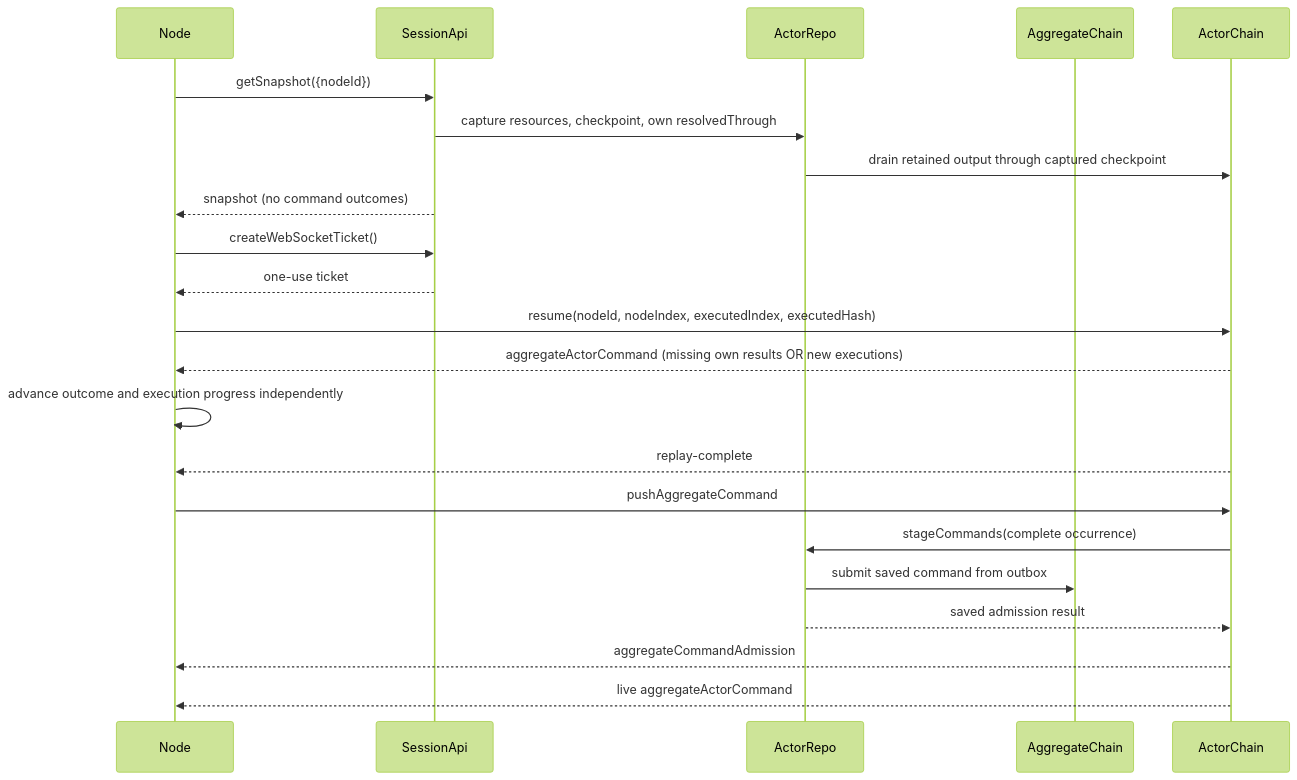
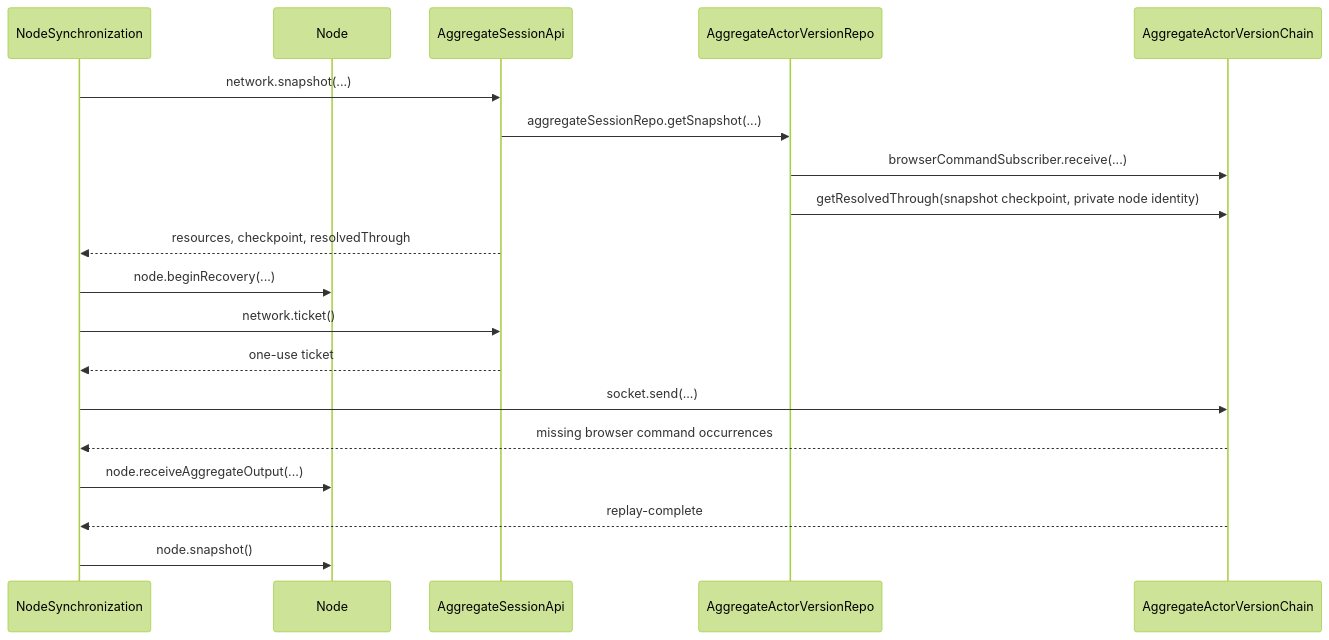
Before and after one commit to morgs32/qrk.sh: the diagram in wiki/architecture/browser/SessionWebSocket.md, drawn with Mermaid (forest theme). The commit also changed other lines of this file and 1035 other files, not shown here.

````diff
--- a/wiki/architecture/browser/SessionWebSocket.md
+++ b/wiki/architecture/browser/SessionWebSocket.md
@@ -18,24 +16,21 @@
 ```mermaid
 sequenceDiagram
+  participant NodeSynchronization
   participant Node
-  participant SessionApi
-  participant ActorRepo
-  participant AggregateChain
-  participant ActorChain
-  Node->>SessionApi: getSnapshot({nodeId})
-  SessionApi->>ActorRepo: capture resources, checkpoint, own resolvedThrough
-  ActorRepo->>ActorChain: drain retained output through captured checkpoint
-  SessionApi-->>Node: snapshot (no command outcomes)
-  Node->>SessionApi: createWebSocketTicket()
-  SessionApi-->>Node: one-use ticket
-  Node->>ActorChain: resume(nodeId, nodeIndex, executedIndex, executedHash)
-  ActorChain-->>Node: aggregateActorCommand (missing own results OR new executions)
-  Node->>Node: advance outcome and execution progress independently
-  ActorChain-->>Node: replay-complete
-  Node->>ActorChain: pushAggregateCommand
-  ActorChain->>ActorRepo: stageCommands(complete occurrence)
-  ActorRepo->>AggregateChain: submit saved command from outbox
-  ActorRepo-->>ActorChain: saved admission result
-  ActorChain-->>Node: aggregateCommandAdmission
-  ActorChain-->>Node: live aggregateActorCommand
+  participant AggregateSessionApi
+  participant AggregateActorVersionRepo
+  participant AggregateActorVersionChain
+  NodeSynchronization->>AggregateSessionApi: network.snapshot(...)
+  AggregateSessionApi->>AggregateActorVersionRepo: aggregateSessionRepo.getSnapshot(...)
+  AggregateActorVersionRepo->>AggregateActorVersionChain: browserCommandSubscriber.receive(...)
+  AggregateActorVersionRepo->>AggregateActorVersionChain: getResolvedThrough(snapshot checkpoint, private node identity)
+  AggregateSessionApi-->>NodeSynchronization: resources, checkpoint, resolvedThrough
+  NodeSynchronization->>Node: node.beginRecovery(...)
+  NodeSynchronization->>AggregateSessionApi: network.ticket()
+  AggregateSessionApi-->>NodeSynchronization: one-use ticket
+  NodeSynchronization->>AggregateActorVersionChain: socket.send(...)
+  AggregateActorVersionChain-->>NodeSynchronization: missing browser command occurrences
+  NodeSynchronization->>Node: node.receiveAggregateOutput(...)
+  AggregateActorVersionChain-->>NodeSynchronization: replay-complete
+  NodeSynchronization->>Node: node.snapshot()
 ```
````
